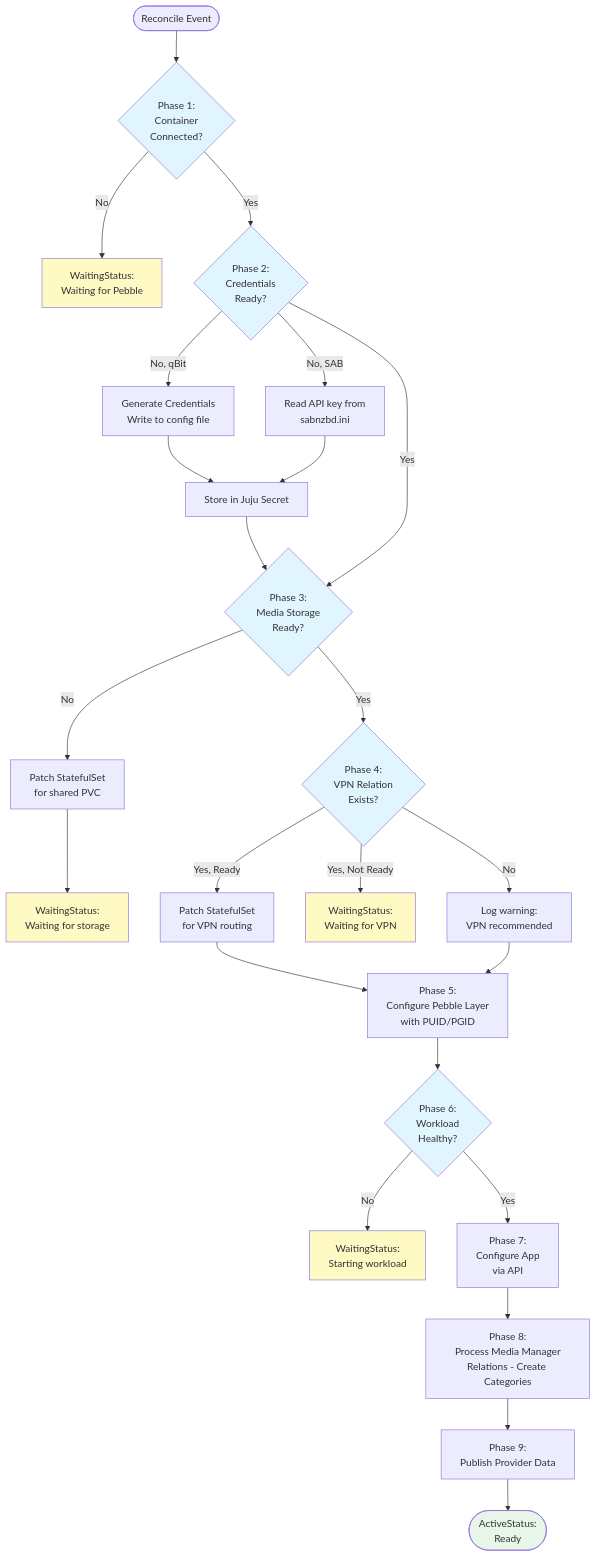
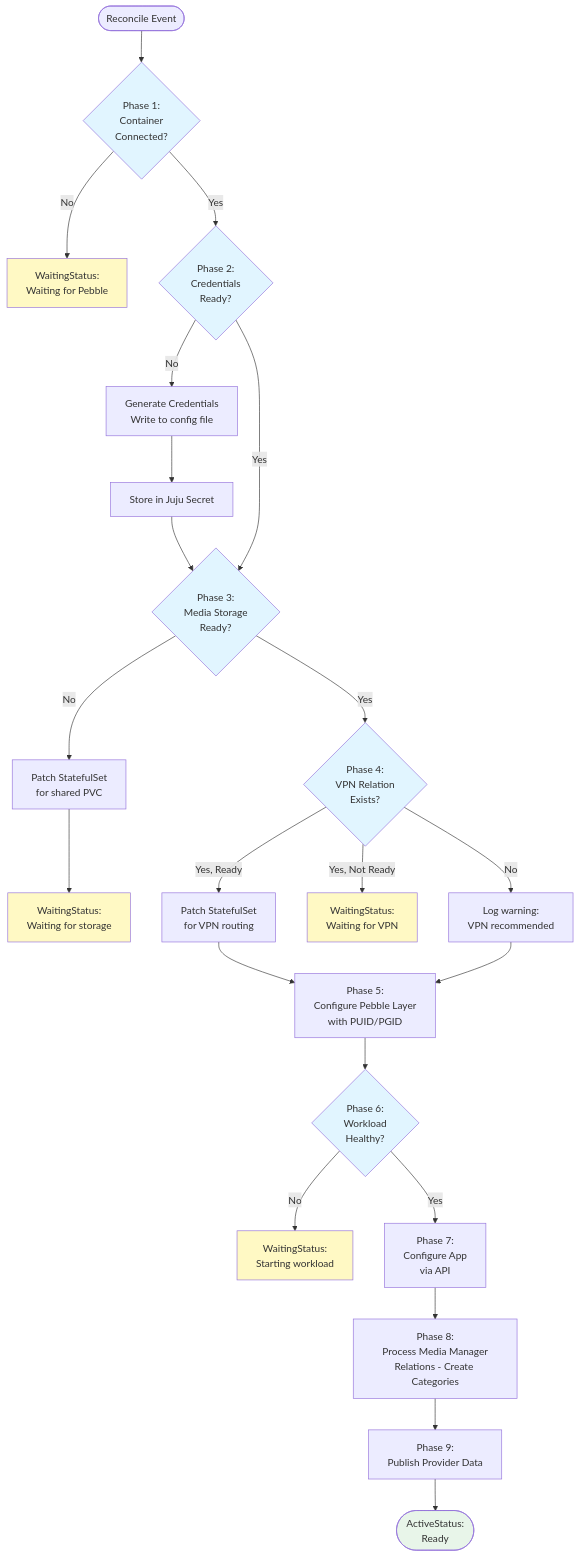
One commit to charmarr/charmarr-meta changed the third of 4 diagrams in adr/apps/adr-007-qbit-sabnzbd.md. Above: the diagram before and after it, drawn with Mermaid. The commit also changed other lines of this file, not shown here.

````diff
--- a/adr/apps/adr-007-qbit-sabnzbd.md
+++ b/adr/apps/adr-007-qbit-sabnzbd.md
@@ -103,45 +105,43 @@
 ```mermaid
 flowchart TD
     Start([Reconcile Event]) --> P1{Phase 1:<br/>Container<br/>Connected?}
     P1 -->|No| W1[WaitingStatus:<br/>Waiting for Pebble]
     P1 -->|Yes| P2{Phase 2:<br/>Credentials<br/>Ready?}
-    
-    P2 -->|No, qBit| P2a[Generate Credentials<br/>Write to config file]
-    P2 -->|No, SAB| P2b[Read API key from<br/>sabnzbd.ini]
+
+    P2 -->|No| P2a[Generate Credentials<br/>Write to config file]
     P2a --> P2c[Store in Juju Secret]
-    P2b --> P2c
     P2c --> P3
     P2 -->|Yes| P3{Phase 3:<br/>Media Storage<br/>Ready?}
     
     P3 -->|No| P3a[Patch StatefulSet<br/>for shared PVC]
     P3a --> W2[WaitingStatus:<br/>Waiting for storage]
     P3 -->|Yes| P4{Phase 4:<br/>VPN Relation<br/>Exists?}
     
     P4 -->|Yes, Ready| P4a[Patch StatefulSet<br/>for VPN routing]
     P4 -->|Yes, Not Ready| W3[WaitingStatus:<br/>Waiting for VPN]
     P4 -->|No| P4b[Log warning:<br/>VPN recommended]
     
     P4a --> P5
     P4b --> P5
     
     P5[Phase 5:<br/>Configure Pebble Layer<br/>with PUID/PGID]
     P5 --> P6{Phase 6:<br/>Workload<br/>Healthy?}
     
     P6 -->|No| W4[WaitingStatus:<br/>Starting workload]
     P6 -->|Yes| P7[Phase 7:<br/>Configure App<br/>via API]
     
     P7 --> P8[Phase 8:<br/>Process Media Manager<br/>Relations - Create Categories]
     P8 --> P9[Phase 9:<br/>Publish Provider Data]
     P9 --> Done([ActiveStatus:<br/>Ready])
     
     style P1 fill:#e1f5ff
     style P2 fill:#e1f5ff
     style P3 fill:#e1f5ff
     style P4 fill:#e1f5ff
     style P6 fill:#e1f5ff
     style W1 fill:#fff9c4
     style W2 fill:#fff9c4
     style W3 fill:#fff9c4
     style W4 fill:#fff9c4
     style Done fill:#e8f5e9
 ```
````
